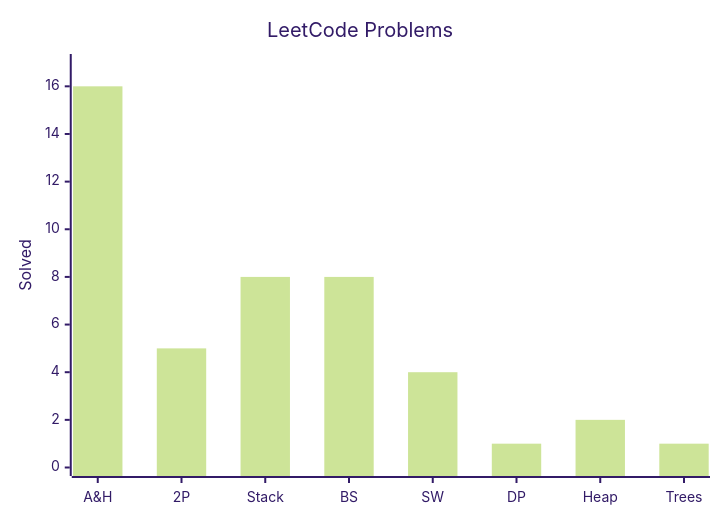
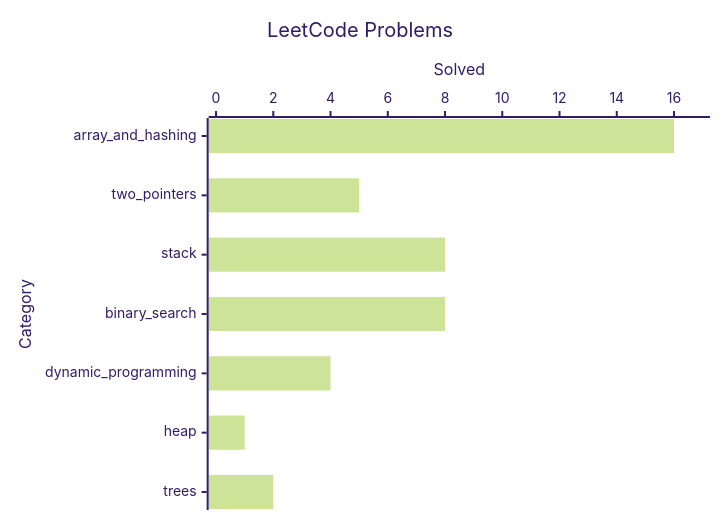
The diagram in README.md (kevinknights29/Leetcode_Gym), drawn with Mermaid (forest theme) before and after one commit. The commit also changed other lines of this file, not shown here.

Commit message:
docs: fixed typo in overview and updated chart formatting

````diff
--- a/README.md
+++ b/README.md
@@ -7,7 +7,7 @@
 ```mermaid
-xychart-beta
+xychart-beta horizontal
     title "LeetCode Problems"
-    x-axis [A&H, 2P, Stack, BS, SW, DP, Heap, Trees]
+    x-axis "Category" [array_and_hashing, two_pointers, stack, binary_search, dynamic_programming, heap, trees]
     y-axis "Solved" 0 --> 17
     bar [16, 5, 8, 8, 4, 1, 2, 1]
 ```
````
